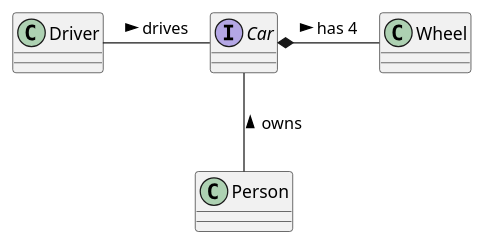
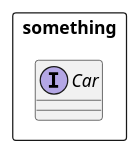
The third of 3 diagrams in pages/Robert C. Martin - Clean Architecture A Craftsman's Guide to Software Structure and Design.md (huland/logseq-notes), drawn with PlantUML before and after one commit.

Commit message:
[logseq-plugin-git:commit] 2023-08-10T23:04:11.373Z

```diff
--- a/pages/Robert C. Martin - Clean Architecture A Craftsman's Guide to Software Structure and Design.md
+++ b/pages/Robert C. Martin - Clean Architecture A Craftsman's Guide to Software Structure and Design.md
@@ -204,8 +204,7 @@
 				  @startuml
-				  interface Car
+				  rectangle something {
+				    interface Car
+				  }
 				  
-				  Driver - Car : drives >
-				  Car *- Wheel : has 4 >
-				  Car -- Person : < owns
 				  
 				  @enduml
```
